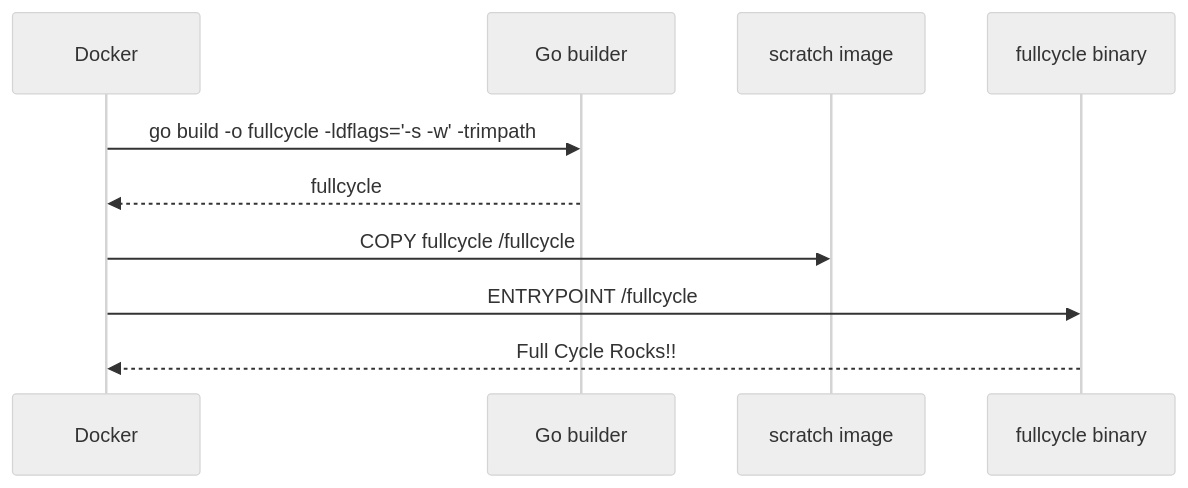
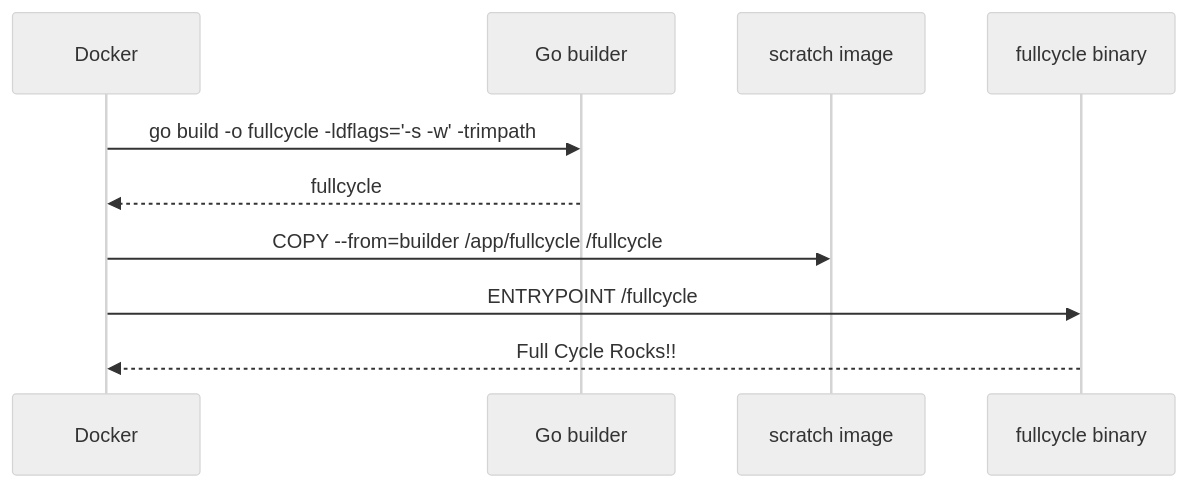
One commit to JulianePires/fullcycle-docker-challenge changed the diagram in README.md. Above: the diagram before and after it, drawn with Mermaid (neutral theme).

Commit message:
Fix README COPY command in diagram

````diff
--- a/README.md
+++ b/README.md
@@ -5,13 +5,13 @@
 ```mermaid
 sequenceDiagram
     participant Docker
     participant Builder as Go builder
     participant Runtime as scratch image
     participant App as fullcycle binary
 
     Docker->>Builder: go build -o fullcycle -ldflags='-s -w' -trimpath
     Builder-->>Docker: fullcycle
-    Docker->>Runtime: COPY fullcycle /fullcycle
+    Docker->>Runtime: COPY --from=builder /app/fullcycle /fullcycle
     Docker->>App: ENTRYPOINT /fullcycle
     App-->>Docker: Full Cycle Rocks!!
 ```
````
